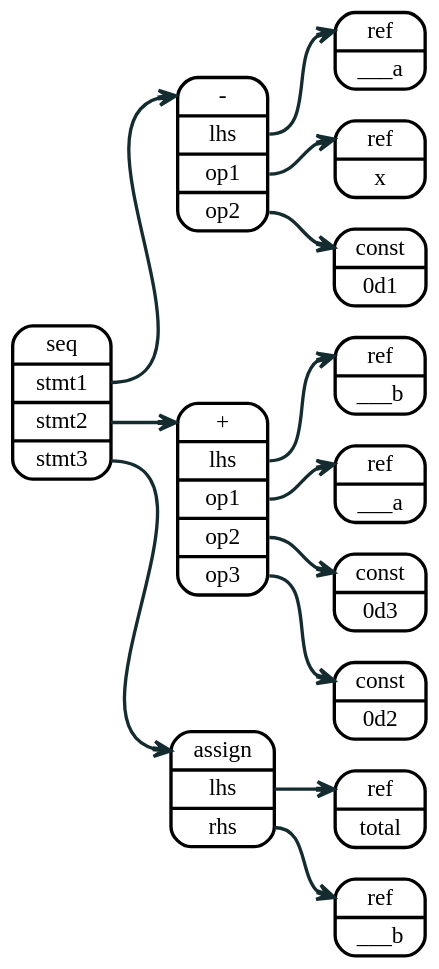
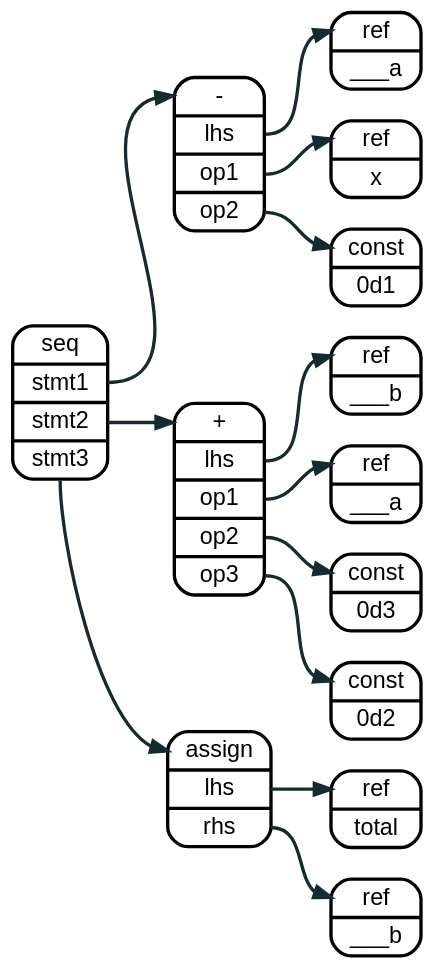
One commit to sakshi15108/lnast-doc changed the diagram in source/graphviz/assign_simple_expression.dot. Above: the diagram before and after it, drawn with Graphviz. The commit also changed 3 other files, not shown here.

```diff
--- a/source/graphviz/assign_simple_expression.dot
+++ b/source/graphviz/assign_simple_expression.dot
@@ -1,41 +1,42 @@
 digraph assign {
   rankdir=LR
   bgcolor="transparent"
 
-  node [shape=record, style="rounded", penwidth = 2];
-  edge [color="#142b30", arrowhead="vee", penwidth = 2];
+  node [fontname = "helvetica", shape=record, style="rounded", penwidth = 2];
+  edge [fontname = "helvetica", color="#142b30", arrowhead="normal", penwidth = 2];
+  graph [fontname = "helvetica"];
 
 
   nodea0 [label = "<a> - | <l> lhs  | <r1> op1 | <r2> op2 "];
   nodea1 [label = "<a> ref   | <l> ___a"];
   nodea2 [label = "<a> ref   | <l> x"];
   nodea3 [label = "<a> const | <l> 0d1"];
 
   nodeb0 [label = "<a> + | <l> lhs  | <r1> op1 | <r2> op2 | <r3> op3 "];
   nodeb1 [label = "<a> ref   | <l> ___b"];
   nodeb2 [label = "<a> ref   | <l> ___a"];
   nodeb3 [label = "<a> const | <l> 0d3"];
   nodeb4 [label = "<a> const | <l> 0d2"];
 
   node5 [label = "<a> assign | <l> lhs  | <r> rhs"];
   node6 [label = "<a> ref   | <l> total"];
   node7 [label = "<a> ref   | <l> ___b"];
 
   node8 [label = "<a> seq | <s1> stmt1 | <s2> stmt2 | <s3> stmt3 "];
 
   node8:s1 -> nodea0:a;
   node8:s2 -> nodeb0:a;
   node8:s3 -> node5:a;
 
   nodea0:l -> nodea1:a;
   nodea0:r1 -> nodea2:a;
   nodea0:r2 -> nodea3:a;
 
   nodeb0:l -> nodeb1:a;
   nodeb0:r1 -> nodeb2:a;
   nodeb0:r2 -> nodeb3:a;
   nodeb0:r3 -> nodeb4:a;
 
   node5:l -> node6:a;
   node5:r -> node7:a;
 }
```
